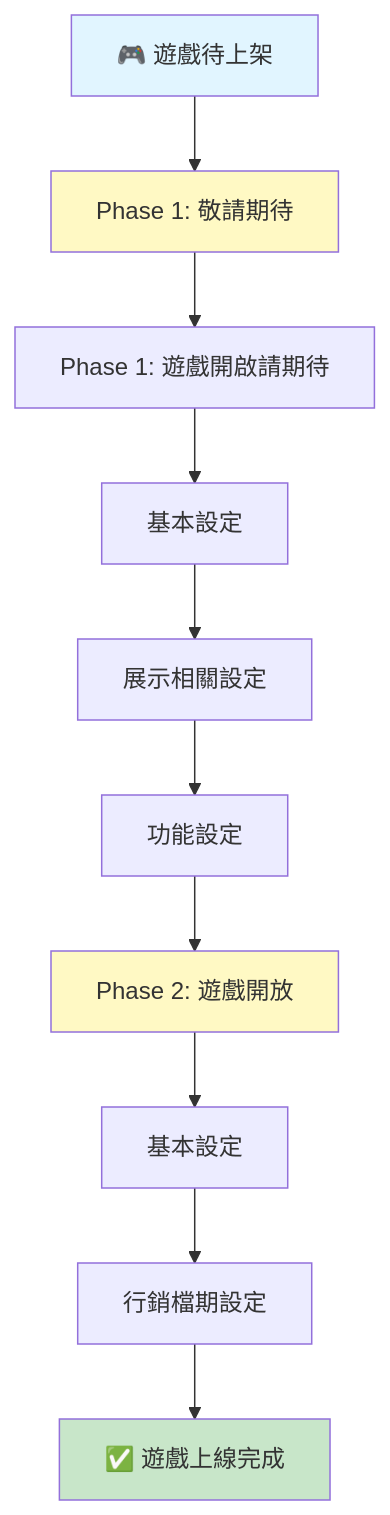
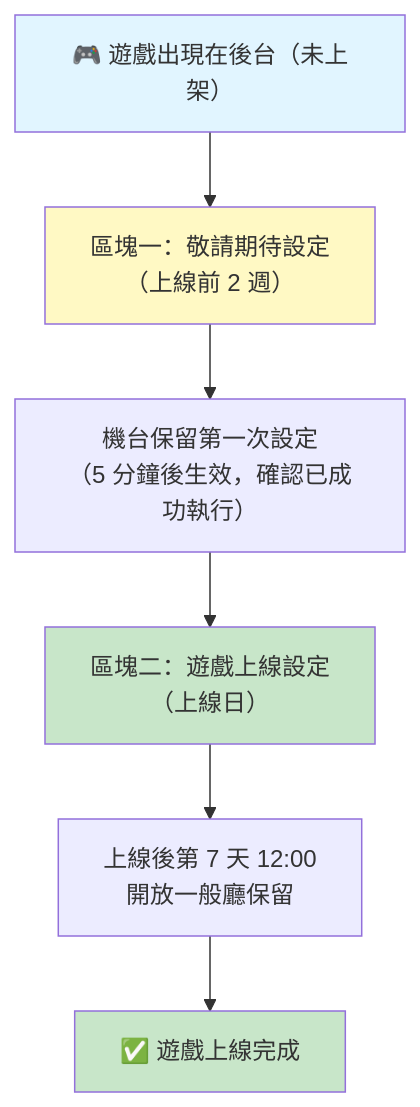
The diagram in docs/遊戲上線SOP.md (yayihuang-bit/sop-docs), drawn with Mermaid before and after one commit. The commit also changed other lines of this file and 22 other files, not shown here.

````diff
--- a/docs/遊戲上線SOP.md
+++ b/docs/遊戲上線SOP.md
@@ -7,17 +26,13 @@
 ```mermaid
 graph TD
-    A["🎮 遊戲待上架"] --> B["Phase 1: 敬請期待"]
-    B --> C["Phase 1: 遊戲開啟請期待"]
-    C --> D["基本設定"]
-    D --> E["展示相關設定"]
-    E --> F["功能設定"]
-    F --> G["Phase 2: 遊戲開放"]
-    G --> H["基本設定"]
-    H --> I["行銷檔期設定"]
-    I --> J["✅ 遊戲上線完成"]
-    
+    A["🎮 遊戲出現在後台（未上架）"] --> B["區塊一：敬請期待設定<br>（上線前 2 週）"]
+    B --> C["機台保留第一次設定<br>（5 分鐘後生效，確認已成功執行）"]
+    C --> D["區塊二：遊戲上線設定<br>（上線日）"]
+    D --> E["上線後第 7 天 12:00<br>開放一般廳保留"]
+    E --> F["✅ 遊戲上線完成"]
+
     style A fill:#e1f5ff
-    style J fill:#c8e6c9
     style B fill:#fff9c4
-    style G fill:#fff9c4
+    style D fill:#c8e6c9
+    style F fill:#c8e6c9
 ```
````
